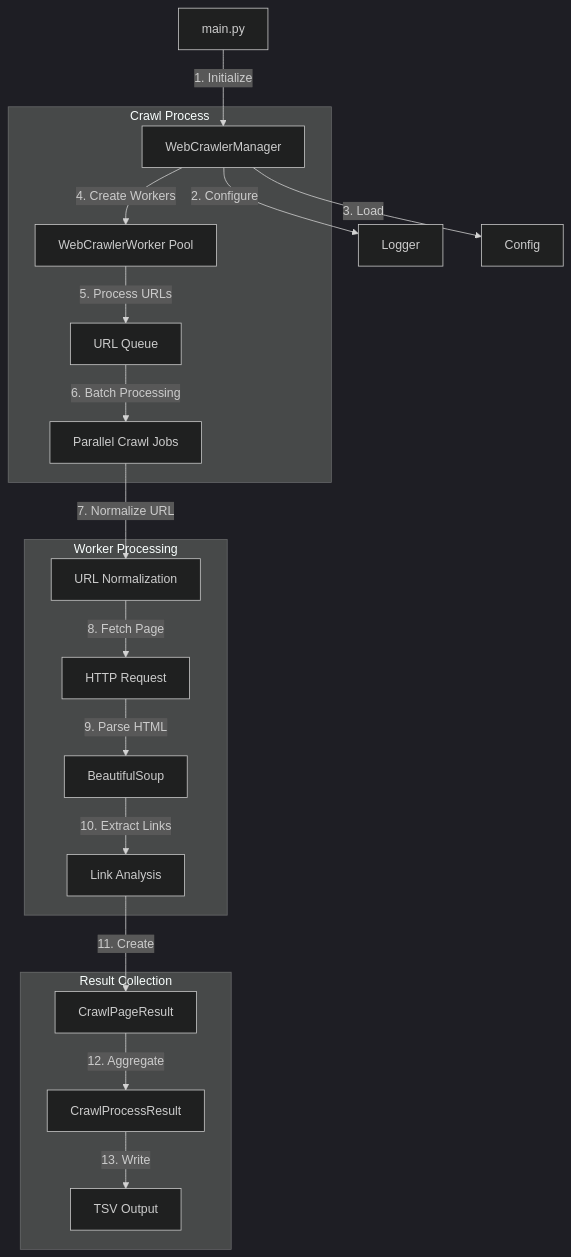
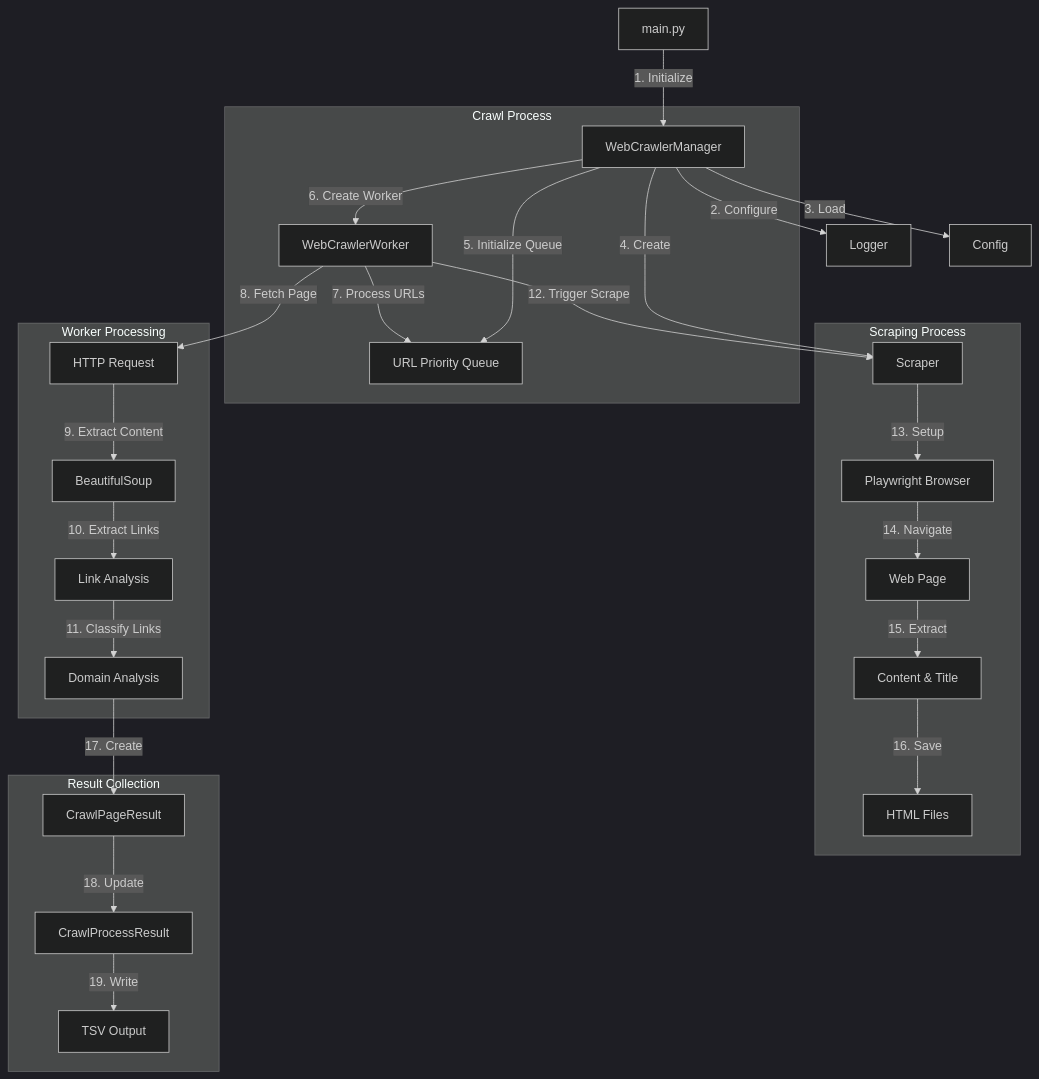
The diagram in docs/workflow.md (domainio/webcrawler), drawn with Mermaid (dark theme) before and after one commit. The commit also changed other lines of this file and 1 other file, not shown here.

````diff
--- a/docs/workflow.md
+++ b/docs/workflow.md
@@ -7,25 +7,34 @@
 ```mermaid
 graph TD
     A[main.py] -->|1. Initialize| B[WebCrawlerManager]
     B -->|2. Configure| C[Logger]
     B -->|3. Load| D[Config]
+    B -->|4. Create| S[Scraper]
     
     subgraph "Crawl Process"
-        B -->|4. Create Workers| E[WebCrawlerWorker Pool]
-        E -->|5. Process URLs| F[URL Queue]
-        F -->|6. Batch Processing| G[Parallel Crawl Jobs]
+        B -->|5. Initialize Queue| Q[URL Priority Queue]
+        B -->|6. Create Worker| E[WebCrawlerWorker]
+        E -->|7. Process URLs| Q
     end
     
     subgraph "Worker Processing"
-        G -->|7. Normalize URL| H[URL Normalization]
-        H -->|8. Fetch Page| I[HTTP Request]
-        I -->|9. Parse HTML| J[BeautifulSoup]
+        E -->|8. Fetch Page| I[HTTP Request]
+        I -->|9. Extract Content| J[BeautifulSoup]
         J -->|10. Extract Links| K[Link Analysis]
+        K -->|11. Classify Links| L[Domain Analysis]
+    end
+    
+    subgraph "Scraping Process"
+        E -->|12. Trigger Scrape| S
+        S -->|13. Setup| P[Playwright Browser]
+        P -->|14. Navigate| W[Web Page]
+        W -->|15. Extract| C1[Content & Title]
+        C1 -->|16. Save| F1[HTML Files]
     end
     
     subgraph "Result Collection"
-        K -->|11. Create| L[CrawlPageResult]
-        L -->|12. Aggregate| M[CrawlProcessResult]
-        M -->|13. Write| N[TSV Output]
+        L -->|17. Create| R1[CrawlPageResult]
+        R1 -->|18. Update| R2[CrawlProcessResult]
+        R2 -->|19. Write| T[TSV Output]
     end
 ```
````
